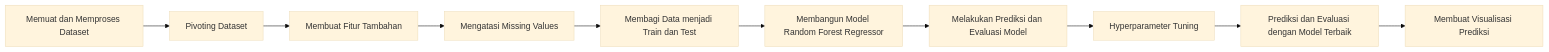
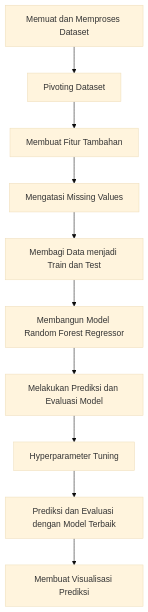
One commit to dickypranataa/ML-A11.2022.14615-UAS changed the diagram in README.md. Above: the diagram before and after it, drawn with Mermaid (base theme). The commit also changed other lines of this file, not shown here.

````diff
--- a/README.md
+++ b/README.md
@@ -25,12 +27,13 @@
 ```mermaid
-graph LR
-    A[Memuat dan Memproses Dataset] --> B[Pivoting Dataset]
+graph TD
+    A[Memuat dan Memproses Dataset]
+    A --> B[Pivoting Dataset]
     B --> C[Membuat Fitur Tambahan]
     C --> D[Mengatasi Missing Values]
     D --> E[Membagi Data menjadi Train dan Test]
     E --> F[Membangun Model Random Forest Regressor]
     F --> G[Melakukan Prediksi dan Evaluasi Model]
     G --> H[Hyperparameter Tuning]
     H --> I[Prediksi dan Evaluasi dengan Model Terbaik]
     I --> J[Membuat Visualisasi Prediksi]
 ```
````
